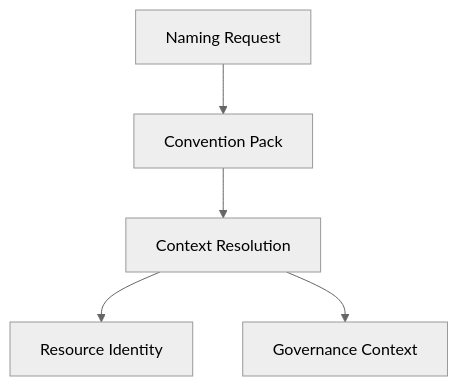
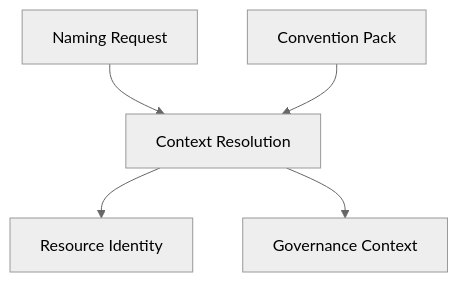
One commit to lksnext/iac-resource-conventions changed the diagram in specification/context-resolution.md. Above: the diagram before and after it, drawn with Mermaid (neutral theme). The commit also changed other lines of this file and 8 other files, not shown here.

First line of the commit message:
docs(specification): add first aws workload convention pack (#16)

````diff
--- a/specification/context-resolution.md
+++ b/specification/context-resolution.md
@@ -116,7 +117,7 @@
 ```mermaid
 flowchart TD
-    NR["Naming Request"] --> CP["Convention Pack"]
-    CP --> CR["Context Resolution"]
+    NR["Naming Request"] --> CR["Context Resolution"]
+    CP["Convention Pack"] --> CR
     CR --> RI["Resource Identity"]
     CR --> GC["Governance Context"]
 ```
````
